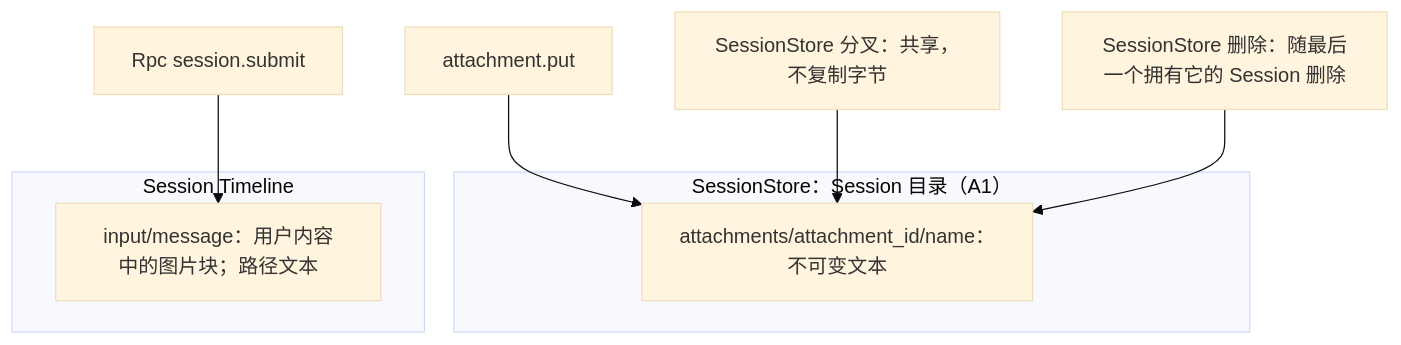
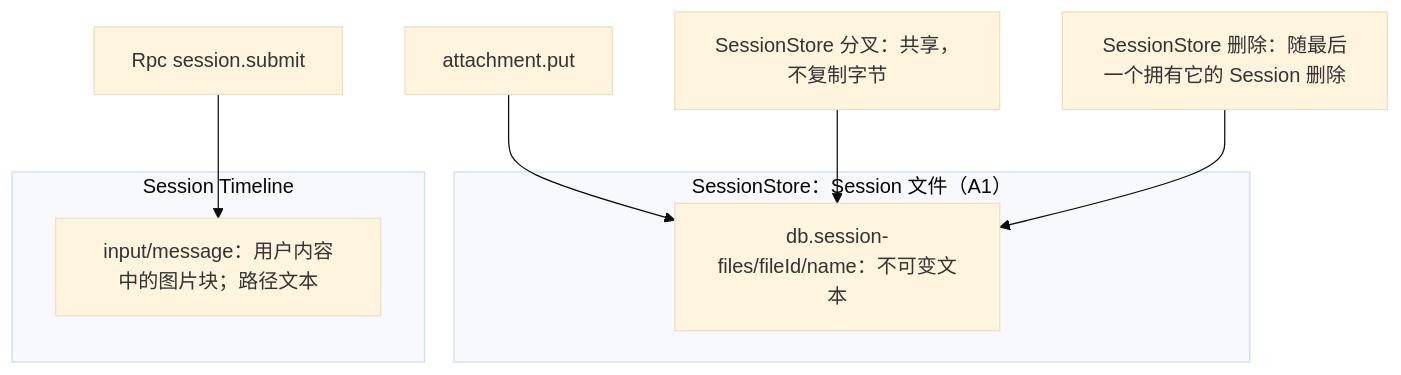
Before and after one commit to CoutinhoTTS/dim-agent: the second of 4 diagrams in docs/zh/design/plugins/Attachments.md, drawn with Mermaid (base theme). The commit also changed other lines of this file and 7 other files, not shown here.

First line of the commit message:
docs(design): draft SessionStore Session files (#59)

````diff
--- a/docs/zh/design/plugins/Attachments.md
+++ b/docs/zh/design/plugins/Attachments.md
@@ -44,13 +44,13 @@
 ```mermaid
 flowchart TB
-  subgraph SSD["SessionStore：Session 目录（A1）"]
-    F["attachments/attachment_id/name：不可变文本"]
+  subgraph SSD["SessionStore：Session 文件（A1）"]
+    F["db.session-files/fileId/name：不可变文本"]
   end
   subgraph TL["Session Timeline"]
     IM["input/message：用户内容中的图片块；路径文本"]
   end
   PUT["attachment.put"] --> F
   FORK["SessionStore 分叉：共享，不复制字节"] --> F
   DEL["SessionStore 删除：随最后一个拥有它的 Session 删除"] --> F
   SUB["Rpc session.submit"] --> IM
 ```
````
